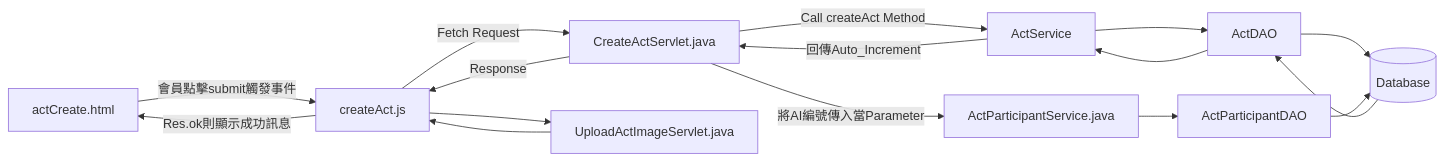
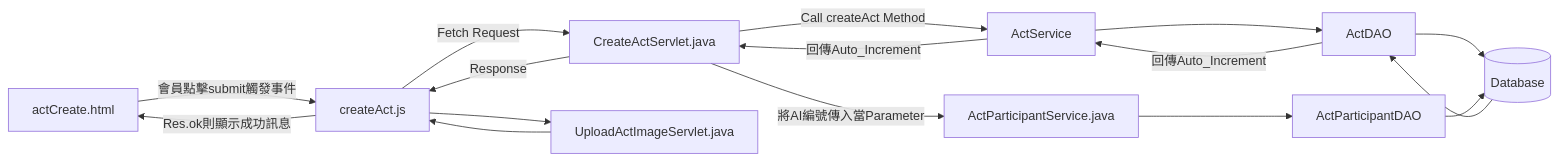
The second of 11 diagrams in README.md (TLexYuW/CGA103G1OwnPart), drawn with Mermaid before and after one commit.

Commit message:
LexVaultBackup: 2022-09-11 22:28:52
Affected files:
README.md

````diff
--- a/README.md
+++ b/README.md
@@ -62,8 +62,10 @@
 ```mermaid
 flowchart LR
 	aC[actCreate.html] -->|會員點擊submit觸發事件| cA[createAct.js] -->|Fetch Request| CAS[CreateActServlet.java] -->|Call createAct Method| AS[ActService] --> AD[ActDAO] --> DB[(Database)]
-	DB --> AD --> AS -->|回傳Auto_Increment| CAS -->|Response| cA -->|Res.ok則顯示成功訊息| aC
-	CAS -->|將AI編號傳入當Parameter| APS[ActParticipantService.java] --> ActParticipantDAO --> DB[(Database)]
+	DB --> AD -->|回傳Auto_Increment| AS -->|回傳Auto_Increment| CAS -->|Response| cA -->|Res.ok則顯示成功訊息| aC
+	
+	CAS -->|將AI編號傳入當Parameter| APS[ActParticipantService.java] --> APDAO[ActParticipantDAO] --> DB[(Database)]
+	
 	cA --> UAIS[UploadActImageServlet.java]
 	UAIS --> cA
 ```
````
